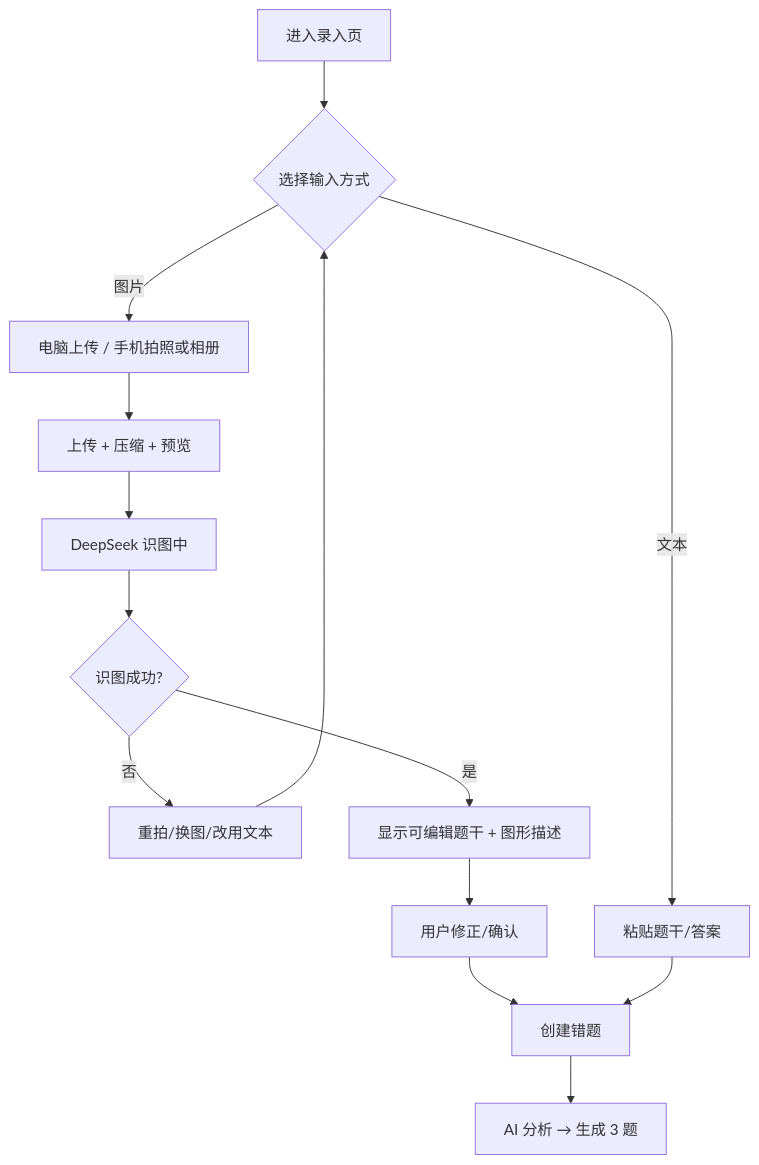
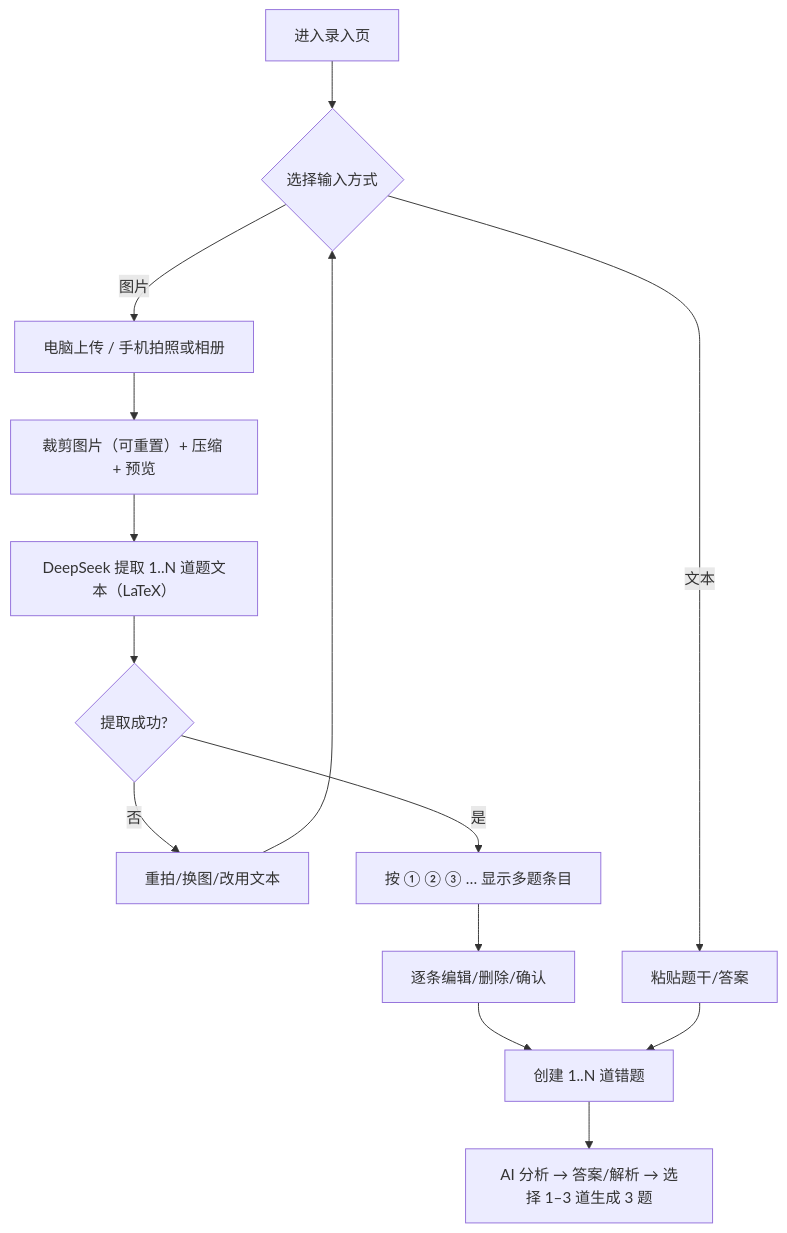
One commit to plmt3742/Bababoi-Learning-Machine changed the third of 3 diagrams in docs/agent/08-design-playbook.md. Above: the diagram before and after it, drawn with Mermaid. The commit also changed other lines of this file and 15 other files, not shown here.

````diff
--- a/docs/agent/08-design-playbook.md
+++ b/docs/agent/08-design-playbook.md
@@ -182,16 +182,16 @@
 ```mermaid
 flowchart TD
   A[进入录入页] --> B{选择输入方式}
   B -- 文本 --> C[粘贴题干/答案]
   B -- 图片 --> D[电脑上传 / 手机拍照或相册]
-  D --> E[上传 + 压缩 + 预览]
-  E --> F[DeepSeek 识图中]
-  F --> G{识图成功?}
+  D --> E[裁剪图片（可重置）+ 压缩 + 预览]
+  E --> F[DeepSeek 提取 1..N 道题文本（LaTeX）]
+  F --> G{提取成功?}
   G -- 否 --> H[重拍/换图/改用文本]
   H --> B
-  G -- 是 --> I[显示可编辑题干 + 图形描述]
-  I --> J[用户修正/确认]
-  J --> K[创建错题]
+  G -- 是 --> I[按 ① ② ③ … 显示多题条目]
+  I --> J[逐条编辑/删除/确认]
+  J --> K[创建 1..N 道错题]
   C --> K
-  K --> L[AI 分析 → 生成 3 题]
+  K --> L[AI 分析 → 答案/解析 → 选择 1–3 道生成 3 题]
 ```
````
